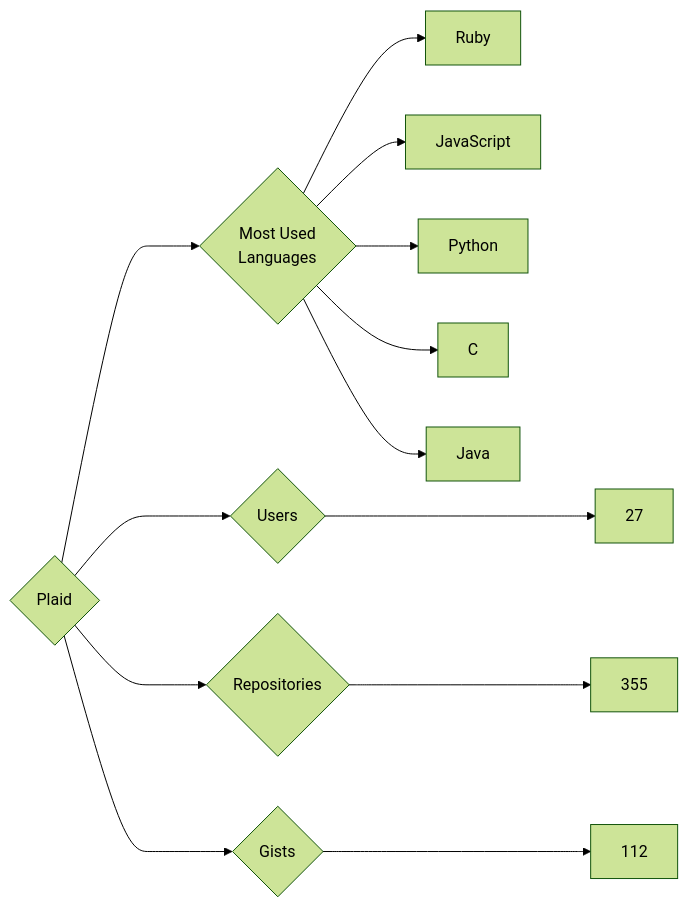
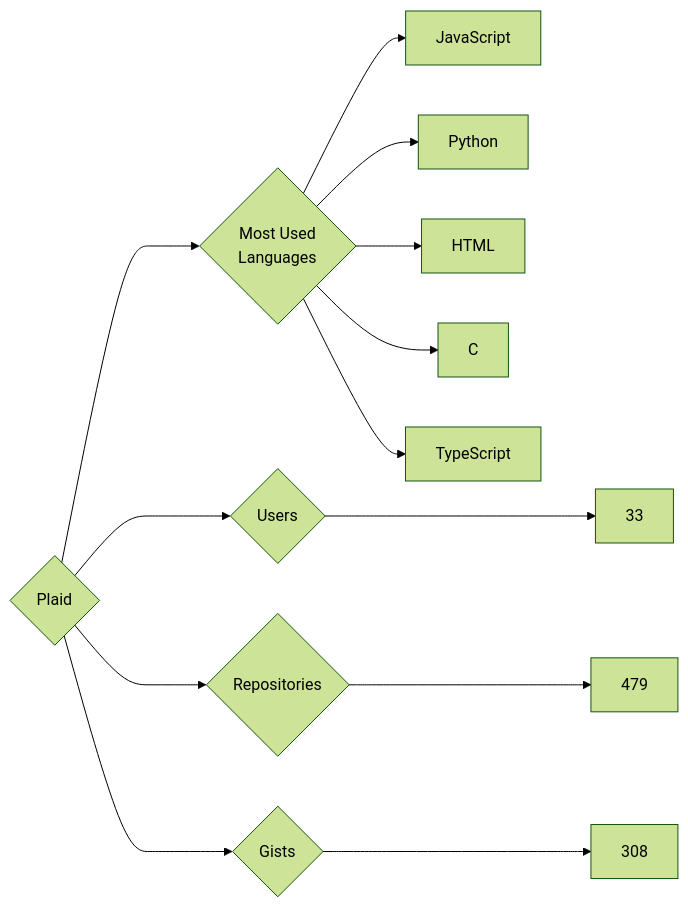
Before and after one commit to trickest/insiders: the diagram in targets/Plaid/README.md, drawn with Mermaid (forest theme). The commit also changed 796 other files, not shown here.

````diff
--- a/targets/Plaid/README.md
+++ b/targets/Plaid/README.md
@@ -3,13 +3,13 @@
 ```mermaid
 graph LR
 COMPANY_NAME{Plaid}
-COMPANY_NAME ---> U{Users} ---> UN[27]
-COMPANY_NAME ---> R{Repositories} ---> RN[355]
-COMPANY_NAME ---> G{Gists} ---> GN[112]
+COMPANY_NAME ---> U{Users} ---> UN[33]
+COMPANY_NAME ---> R{Repositories} ---> RN[479]
+COMPANY_NAME ---> G{Gists} ---> GN[308]
 COMPANY_NAME ---> ML{Most Used<br>Languages}
-ML --> Ruby[Ruby]
 ML --> JavaScript[JavaScript]
 ML --> Python[Python]
+ML --> HTML[HTML]
 ML --> C[C]
-ML --> Java[Java]
+ML --> TypeScript[TypeScript]
 ```
````
